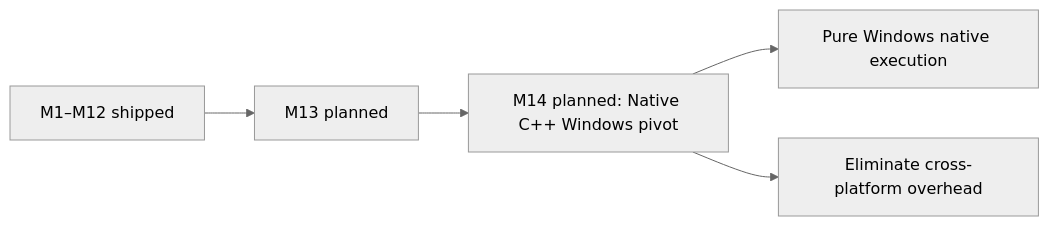
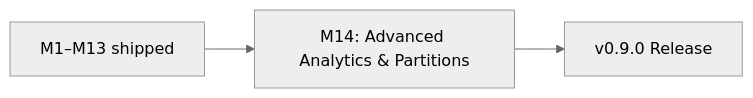
The diagram in ROADMAP.md (HELIX-Origin/nh-reader), drawn with Mermaid (neutral theme) before and after one commit. The commit also changed other lines of this file and 99 other files, not shown here.

Commit message:
feat(release): cut v0.8.0 with Browse pivot, reader legibility polish, and native docs suite

````diff
--- a/ROADMAP.md
+++ b/ROADMAP.md
@@ -44,7 +44,5 @@
 ```mermaid
 flowchart LR
-    shipped[M1–M12 shipped] --> m13[M13 planned]
-    m13 --> m14["M14 planned: Native C++ Windows pivot"]
-    m14 --> win32[Pure Windows native execution]
-    m14 --> drop_android[Eliminate cross-platform overhead]
+    shipped[M1–M13 shipped] --> m14[M14: Advanced Analytics & Partitions]
+    m14 --> v090[v0.9.0 Release]
 ```
````
